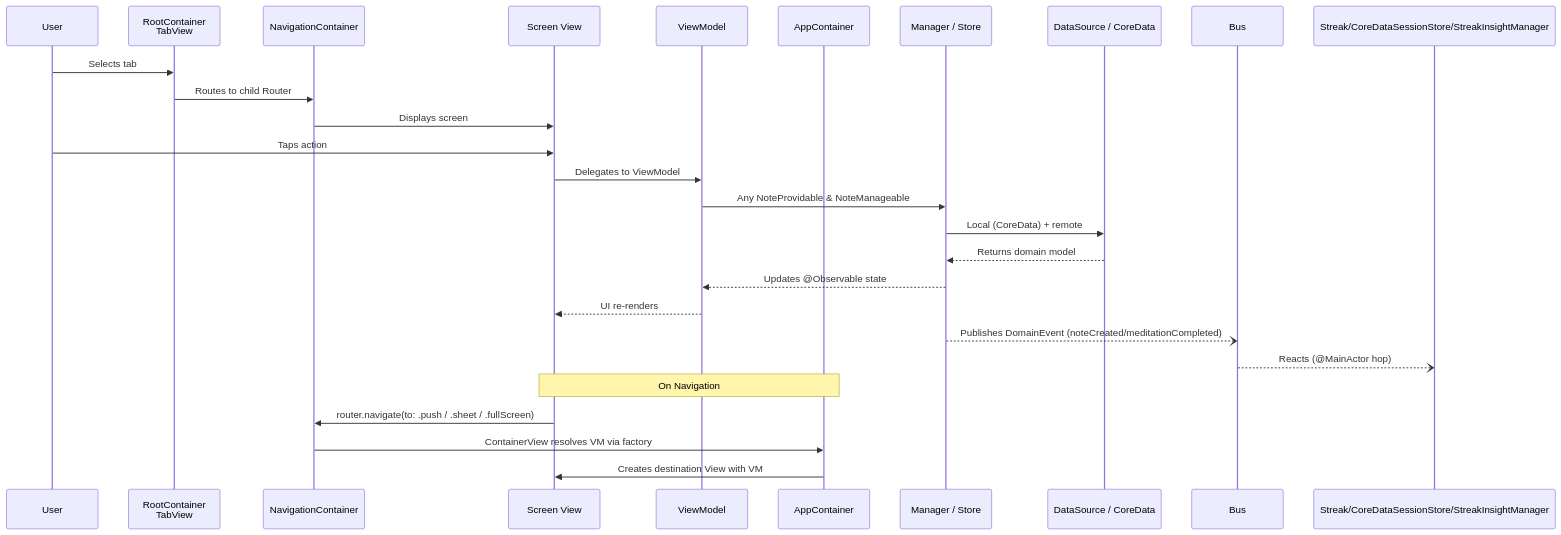
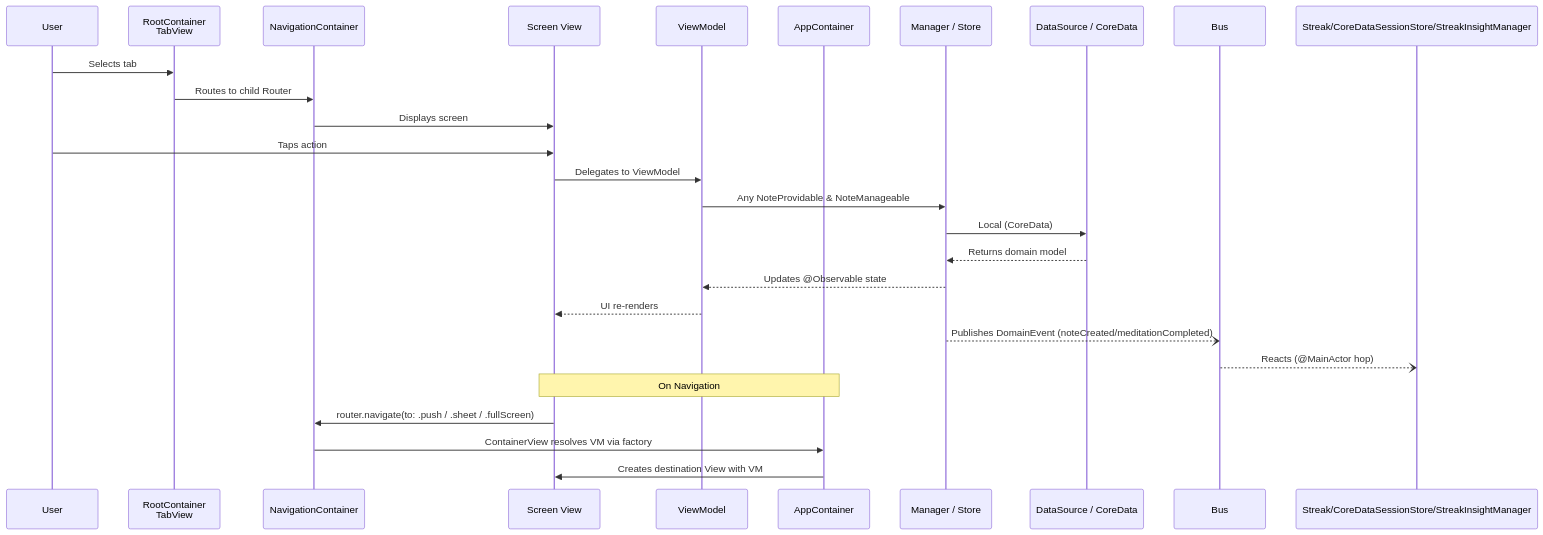
Before and after one commit to kwazzar/MeditateAndNote: the seventh of 8 diagrams in ARCHITECTURE.md, drawn with Mermaid. The commit also changed other lines of this file and 1 other file, not shown here.

First line of the commit message:
docs(arch): remove dead remote sync layer from ARCHITECTURE.md

````diff
--- a/ARCHITECTURE.md
+++ b/ARCHITECTURE.md
@@ -412,30 +403,30 @@
 ```mermaid
 sequenceDiagram
     participant User
     participant Tab as RootContainer<br/>TabView
     participant Nav as NavigationContainer
     participant View as Screen View
     participant VM as ViewModel
     participant Container as AppContainer
     participant Mgr as Manager / Store
     participant DS as DataSource / CoreData
 
     User->>Tab: Selects tab
     Tab->>Nav: Routes to child Router
     Nav->>View: Displays screen
 
     User->>View: Taps action
     View->>VM: Delegates to ViewModel
     VM->>Mgr: Any NoteProvidable & NoteManageable
-    Mgr->>DS: Local (CoreData) + remote
+    Mgr->>DS: Local (CoreData)
     DS-->>Mgr: Returns domain model
     Mgr-->>VM: Updates @Observable state
     VM-->>View: UI re-renders
     Mgr--)Bus: Publishes DomainEvent (noteCreated/meditationCompleted)
     Bus--)Streak/CoreDataSessionStore/StreakInsightManager: Reacts (@MainActor hop)
 
     Note over View,Container: On Navigation
     View->>Nav: router.navigate(to: .push / .sheet / .fullScreen)
     Nav->>Container: ContainerView resolves VM via factory
     Container->>View: Creates destination View with VM
 ```
````
